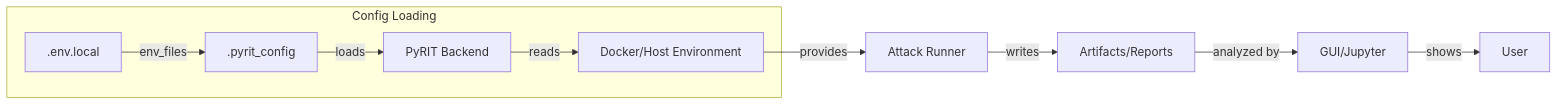
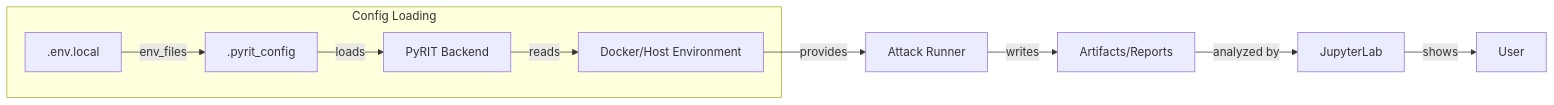
One commit to anilsingla/PyRIT changed the second of 4 diagrams in README.md. Above: the diagram before and after it, drawn with Mermaid. The commit also changed other lines of this file and 9 other files, not shown here.

````diff
--- a/README.md
+++ b/README.md
@@ -60,12 +57,12 @@
 ```mermaid
 flowchart LR
     subgraph Config Loading
       A[.env.local] -->|env_files| B[.pyrit_config]
       B -->|loads| C[PyRIT Backend]
       C -->|reads| D[Docker/Host Environment]
     end
     D -->|provides| E[Attack Runner]
     E -->|writes| F[Artifacts/Reports]
-    F -->|analyzed by| G[GUI/Jupyter]
+    F -->|analyzed by| G[JupyterLab]
     G -->|shows| H[User]
 ```
````
